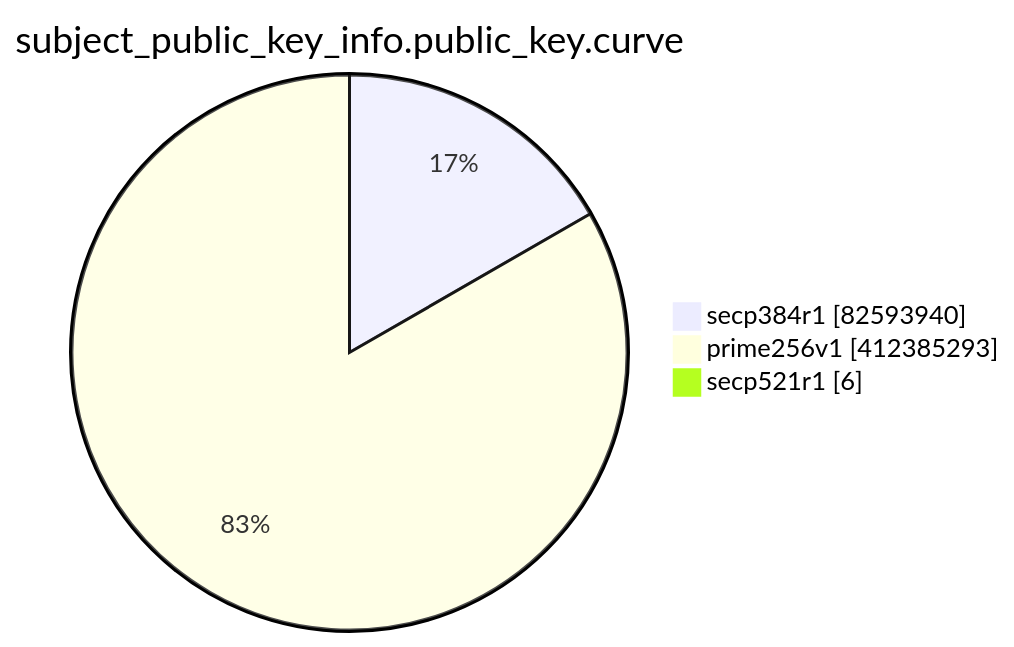
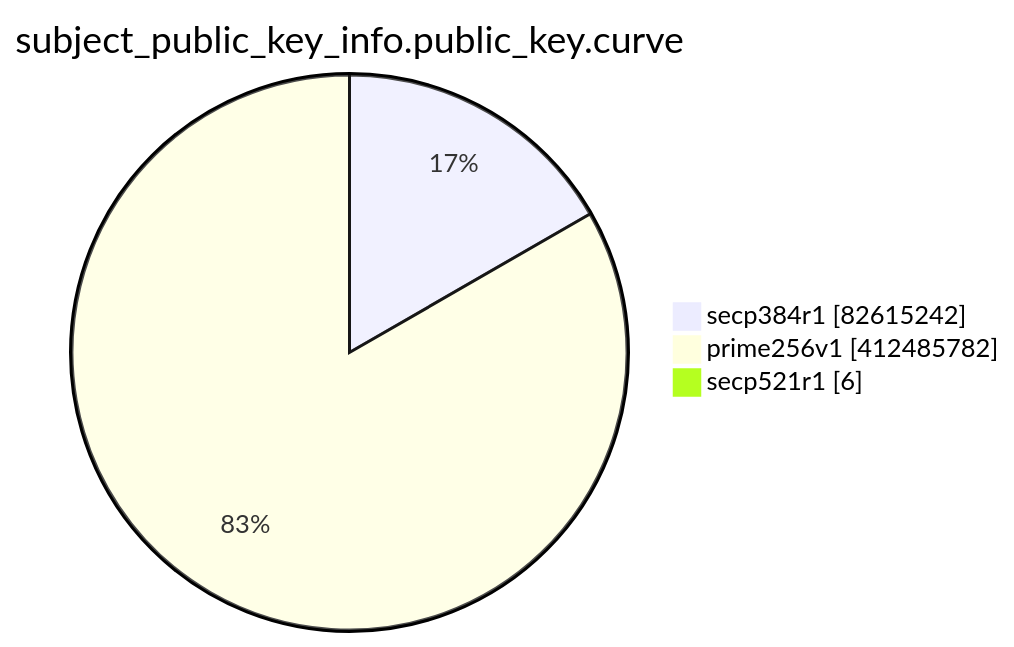
The eighth of 15 diagrams in TOTAL/README.md (christiankrug/ctmonitor_visualization), drawn with Mermaid before and after one commit. The commit also changed other lines of this file, not shown here.

````diff
--- a/TOTAL/README.md
+++ b/TOTAL/README.md
@@ -3097,7 +3097,7 @@
 ```mermaid
 pie showData
 title subject_public_key_info.public_key.curve
-"secp384r1" :82593940
-"prime256v1" :412385293
+"secp384r1" :82615242
+"prime256v1" :412485782
 "secp521r1" :6
 ```
````
